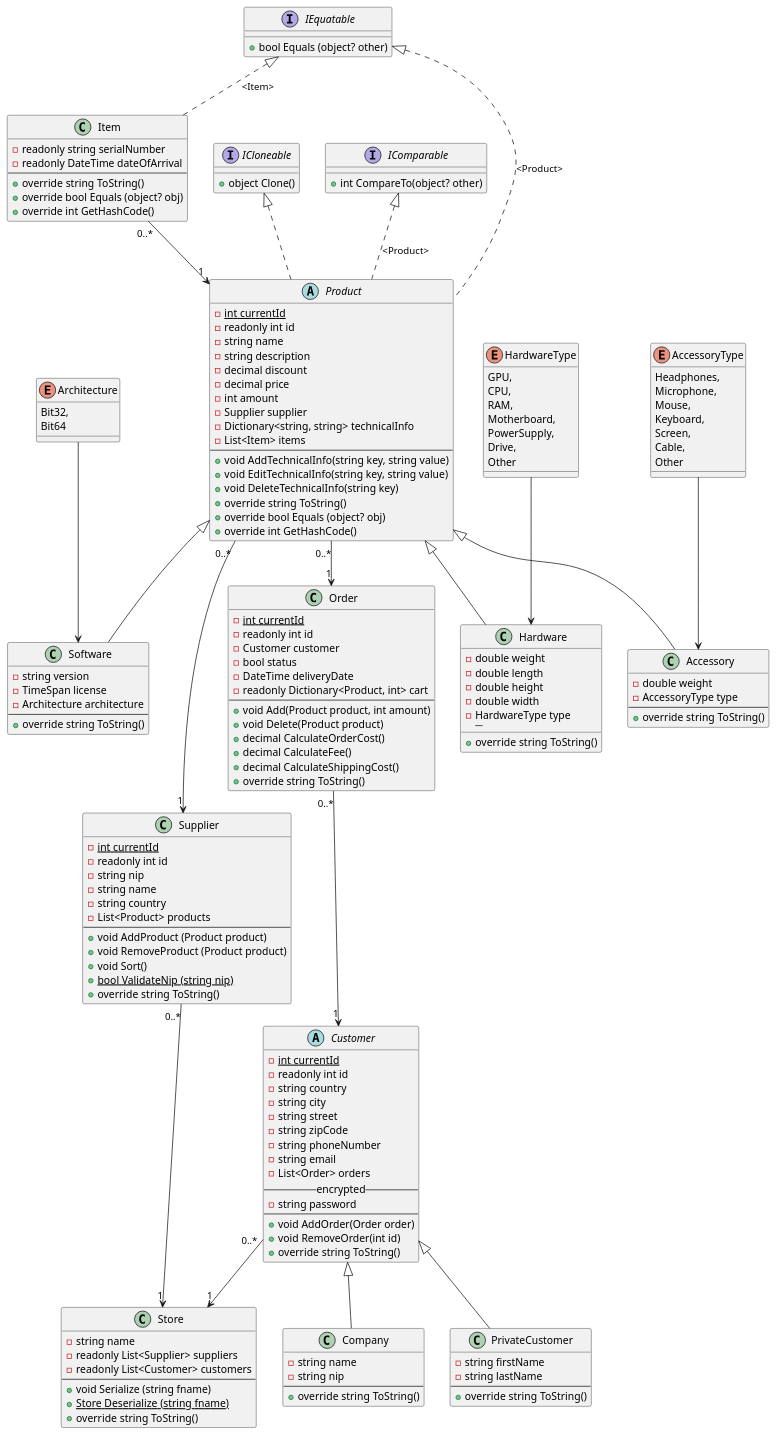
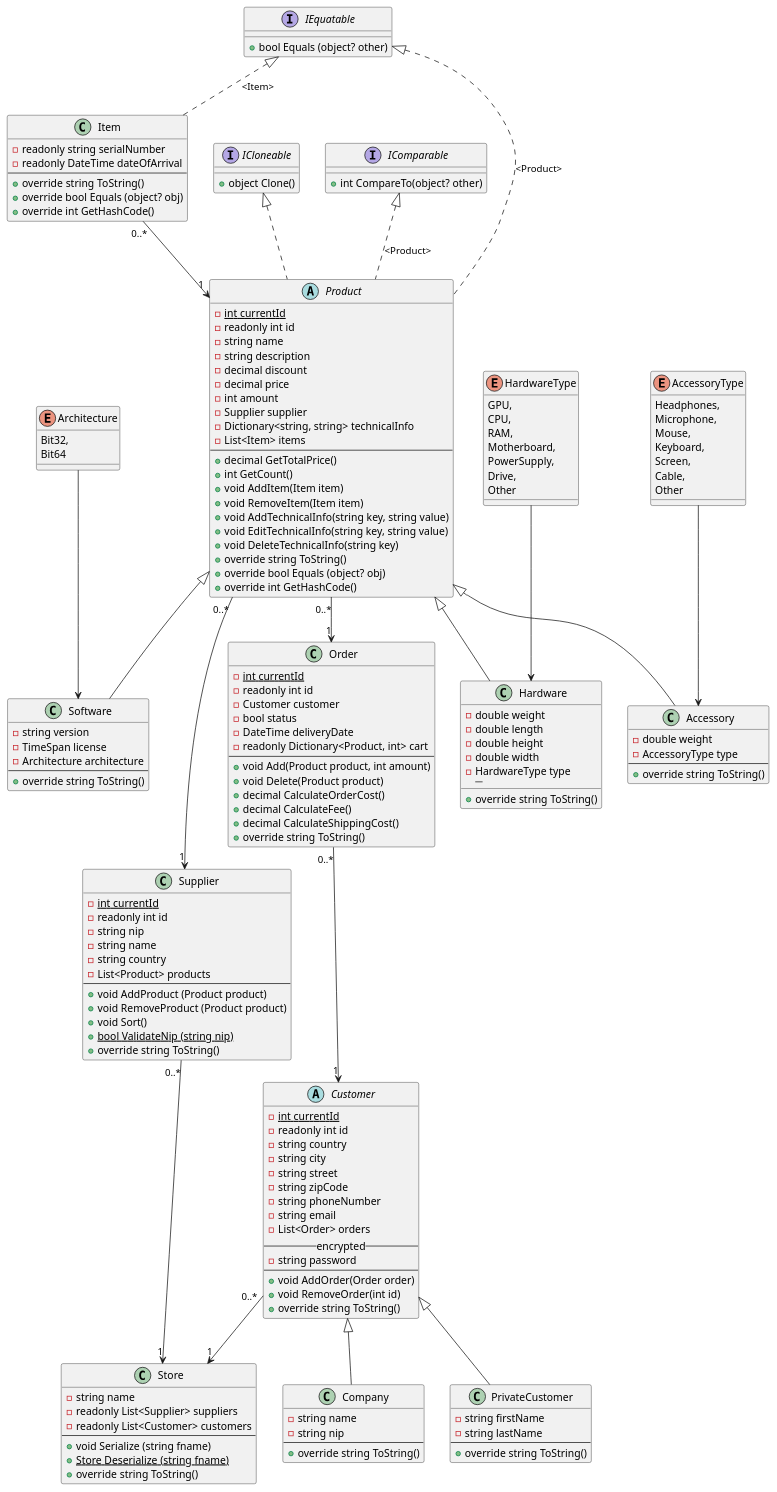
One commit to Couch-bit/Computer-Store changed the diagram in Classes/UML.wsd. Above: the diagram before and after it, drawn with PlantUML. The commit also changed 14 other files, not shown here.

```diff
--- a/Classes/UML.wsd
+++ b/Classes/UML.wsd
@@ -1,184 +1,188 @@
 @startuml Project
 class Supplier {
   -{static} int currentId
   -readonly int id
   -string nip
   -string name
   -string country
   -List<Product> products
   ----
   + void AddProduct (Product product)
   + void RemoveProduct (Product product)
   + void Sort()
   + {static} bool ValidateNip (string nip)
   + override string ToString()
 }
 
 class Company {
   -string name
   -string nip
   ----
   + override string ToString()
 }
 
 class PrivateCustomer{
   -string firstName
   -string lastName
   ----
   + override string ToString()
 }
 
 abstract Customer {
   -{static} int currentId
   -readonly int id
   -string country
   -string city
   -string street
   -string zipCode
   -string phoneNumber
   -string email
   -List<Order> orders
   -- encrypted --
   -string password
   ----
   + void AddOrder(Order order)
   + void RemoveOrder(int id)
   + override string ToString()
 }
 
 class Order {
   -{static} int currentId
   -readonly int id
   -Customer customer
   -bool status
   -DateTime deliveryDate
   -readonly Dictionary<Product, int> cart
   ----
   + void Add(Product product, int amount)
   + void Delete(Product product)
   + decimal CalculateOrderCost()
   + decimal CalculateFee()
   + decimal CalculateShippingCost()
   + override string ToString()
 }
 
 abstract Product{
   -{static} int currentId
   -readonly int id
   -string name
   -string description
   -decimal discount
   -decimal price
   -int amount
   -Supplier supplier
   -Dictionary<string, string> technicalInfo
   -List<Item> items
   ----
+  + decimal GetTotalPrice()
+  + int GetCount()
+  + void AddItem(Item item)
+  + void RemoveItem(Item item)
   + void AddTechnicalInfo(string key, string value)
   + void EditTechnicalInfo(string key, string value)
   + void DeleteTechnicalInfo(string key)
   + override string ToString()
   + override bool Equals (object? obj)
   + override int GetHashCode()
 }
 
 class Item{
   - readonly string serialNumber
   - readonly DateTime dateOfArrival
   ----
   + override string ToString()
   + override bool Equals (object? obj)
   + override int GetHashCode()
 }
 
 class Store{
   - string name
   - readonly List<Supplier> suppliers
   - readonly List<Customer> customers
   ----
   + void Serialize (string fname)
   + {static} Store Deserialize (string fname)
   + override string ToString()
 }
 
 enum HardwareType{
   GPU,
   CPU,
   RAM,
   Motherboard,
   PowerSupply,
   Drive,
   Other
 }
 
 enum AccessoryType{
   Headphones,
   Microphone,
   Mouse,
   Keyboard,
   Screen,
   Cable,
   Other
 }
 
 enum Architecture{
   Bit32,
   Bit64
 }
 
 class Hardware{
   -double weight
   -double length
   -double height
   -double width
   -HardwareType type
   ---- 
   + override string ToString()
 }
 
 class Software{
   -string version
   -TimeSpan license
   -Architecture architecture
   ----
   + override string ToString()
 }
 
 class Accessory{
   -double weight
   -AccessoryType type
   ----
   + override string ToString()
 }
 
 interface ICloneable{
   + object Clone()
 }
 
 interface IComparable{
   + int CompareTo(object? other)
 }
 
 interface IEquatable{
   + bool Equals (object? other)
 }
 
 IEquatable <|-[dashed]- Item : "<Item>"
 IComparable <|-[dashed]- Product : "<Product>"
 IEquatable <|-[dashed]- Product : "<Product>"
 abstract Product implements ICloneable
 HardwareType --> Hardware
 AccessoryType --> Accessory
 Architecture --> Software
 Product <|-- Accessory
 Product <|-- Software
 Product <|-- Hardware
 Customer	<|-- Company
 Customer	<|-- PrivateCustomer
 Supplier "0..*" --> "1" Store
 Customer "0..*" --> "1" Store
 Product "0..*" --> "1" Order
 Product "0..*" --> "1" Supplier
 Order "0..*" --> "1" Customer
 Item "0..*" --> "1" Product
 @enduml
```
